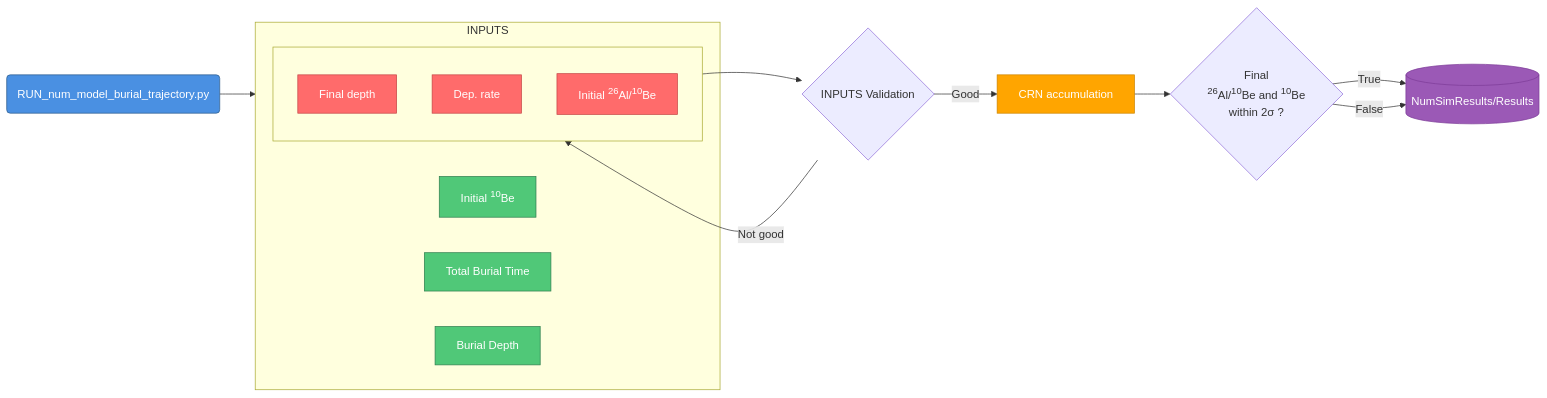
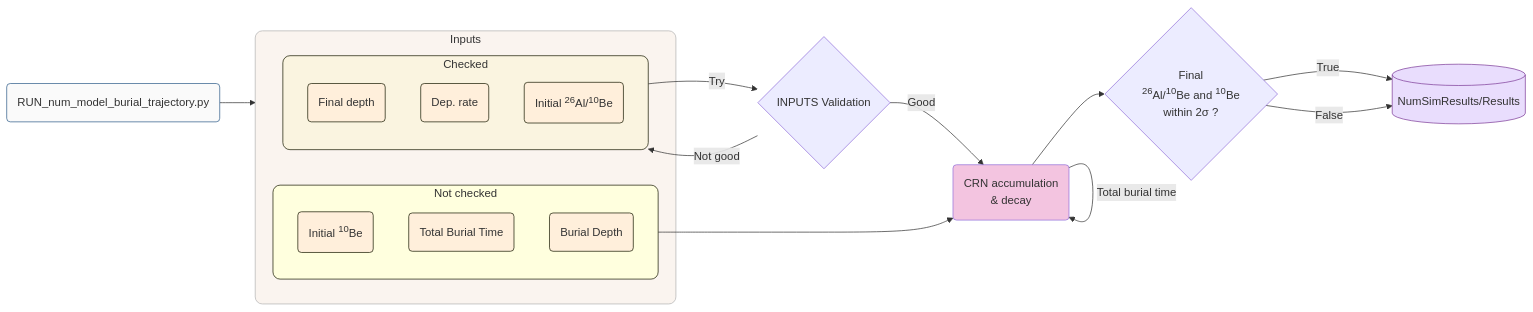
Before and after one commit to thepedroland/Numerical_Burial_Age_Model_PO_26: the diagram in README.md, drawn with Mermaid. The commit also changed other lines of this file and 20 other files, not shown here.

````diff
--- a/README.md
+++ b/README.md
@@ -22,40 +22,50 @@
 ```mermaid
 flowchart LR
     RUN("RUN_num_model_burial_trajectory.py") --> INPUTS
 
-    subgraph INPUTS ["INPUTS"]
-        A["Initial <sup>10</sup>Be"]
-        TB["Total Burial Time"]
-        BD["Burial Depth"]
+    subgraph INPUTS ["Inputs"]
+        subgraph NotChecked ["Not checked"]
+          A("Initial <sup>10</sup>Be")
+          TB("Total Burial Time")
+          BD("Burial Depth")
+          end
 
-        subgraph PARAMS [" "]
-            FD["Final depth"]
-            DR["Dep. rate"]
-            R["Initial <sup>26</sup>Al/<sup>10</sup>Be"]
-        end
+        subgraph Checked ["Checked"]
+          FD("Final depth")
+          DR("Dep. rate")
+          R("Initial <sup>26</sup>Al/<sup>10</sup>Be")
+          end
     end
+    
+    NotChecked --> B
+    
+    V{"INPUTS Validation"}
+    V -->|Good| B
+    V -->|Not good| Checked
+    Checked -->|Try| V
 
-    PARAMS --> V{"INPUTS Validation"}
-
-    V -->|Good| B
-    V -->|Not good| PARAMS
-
-    B["CRN accumulation"] --> E
+    B("CRN accumulation \n & decay") --> E
+    B("CRN accumulation \n & decay") --> |Total burial time| B
 
     E{"Final \n <sup>26</sup>Al/<sup>10</sup>Be and <sup>10</sup>Be<br/>within 2σ ?"}
 
     E -->|True| STORE
     E -->|False| STORE
 
     STORE[("NumSimResults/Results")]
 
-    style RUN fill:#4A90E2,stroke:#2E5C8A,color:#fff
-    style A fill:#50C878,stroke:#2E7D4E,color:#fff
-    style TB fill:#50C878,stroke:#2E7D4E,color:#fff
-    style BD fill:#50C878,stroke:#2E7D4E,color:#fff
-    style FD fill:#FF6B6B,stroke:#C44545,color:#fff
-    style DR fill:#FF6B6B,stroke:#C44545,color:#fff
-    style R fill:#FF6B6B,stroke:#C44545,color:#fff
-    style B fill:#FFA500,stroke:#CC8400,color:#fff
-    style STORE fill:#9B59B6,stroke:#7D3C98,color:#fff
+    style RUN fill:#FAFAFA,stroke:#2E5C8A,color:#black
+    style A fill:#FFEFDB,stroke:#181A00,color:#black
+    style INPUTS fill: #FAF4EF,stroke:#B3B3B3,color:#black
+    style Checked fill: #FAF4E0,stroke:#181A00,color:#black
+    style TB fill:#FFEFDB,stroke:#181A00,color:#black
+    style BD fill:#FFEFDB,stroke:#181A00,color:#black
+    style FD fill:#FFEFDB,stroke:#181A00,color:#black
+    style DR fill:#FFEFDB,stroke:#181A00,color:#black
+    style R fill:#FFEFDB,stroke:#181A00,color:#black
+    style B fill:#F3C4E0,stroke:#black,color:#black
+    style STORE fill:#E9DDFD,stroke:#7D3C98,color:#BLACK
+    style INPUTS rx:10px,ry:10px
+    style NotChecked rx:10px,ry:10px,fill:#FAF4ES,stroke:#181A00,color:#black
+    style Checked rx:10px,ry:10px
 ```
````
